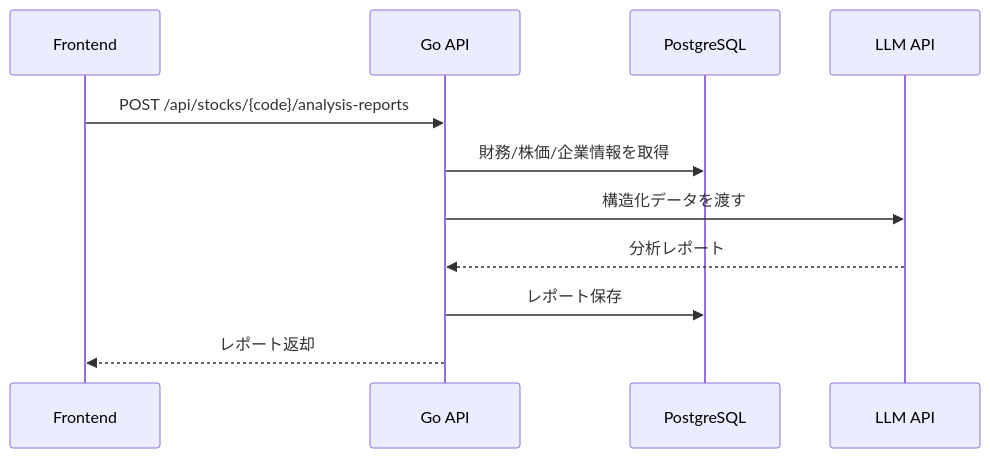
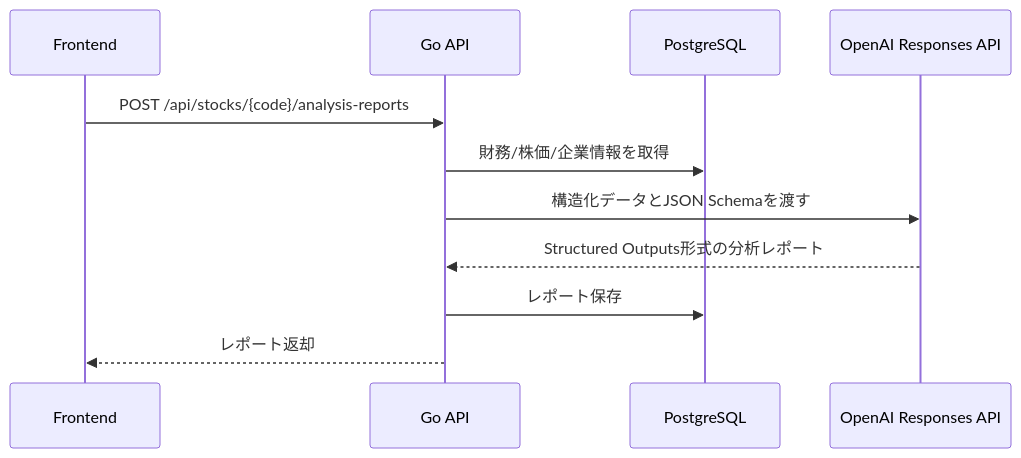
One commit to KodaiShiraishi/alphalens-jp changed the fourth of 4 diagrams in docs/02_system_design.md. Above: the diagram before and after it, drawn with Mermaid. The commit also changed other lines of this file and 7 other files, not shown here.

Commit message:
Specify OpenAI API for AI reports

````diff
--- a/docs/02_system_design.md
+++ b/docs/02_system_design.md
@@ -161,14 +161,14 @@
 ```mermaid
 sequenceDiagram
   participant FE as Frontend
   participant API as Go API
   participant DB as PostgreSQL
-  participant LLM as LLM API
+  participant OpenAI as OpenAI Responses API
 
   FE->>API: POST /api/stocks/{code}/analysis-reports
   API->>DB: 財務/株価/企業情報を取得
-  API->>LLM: 構造化データを渡す
-  LLM-->>API: 分析レポート
+  API->>OpenAI: 構造化データとJSON Schemaを渡す
+  OpenAI-->>API: Structured Outputs形式の分析レポート
   API->>DB: レポート保存
   API-->>FE: レポート返却
 ```
````
